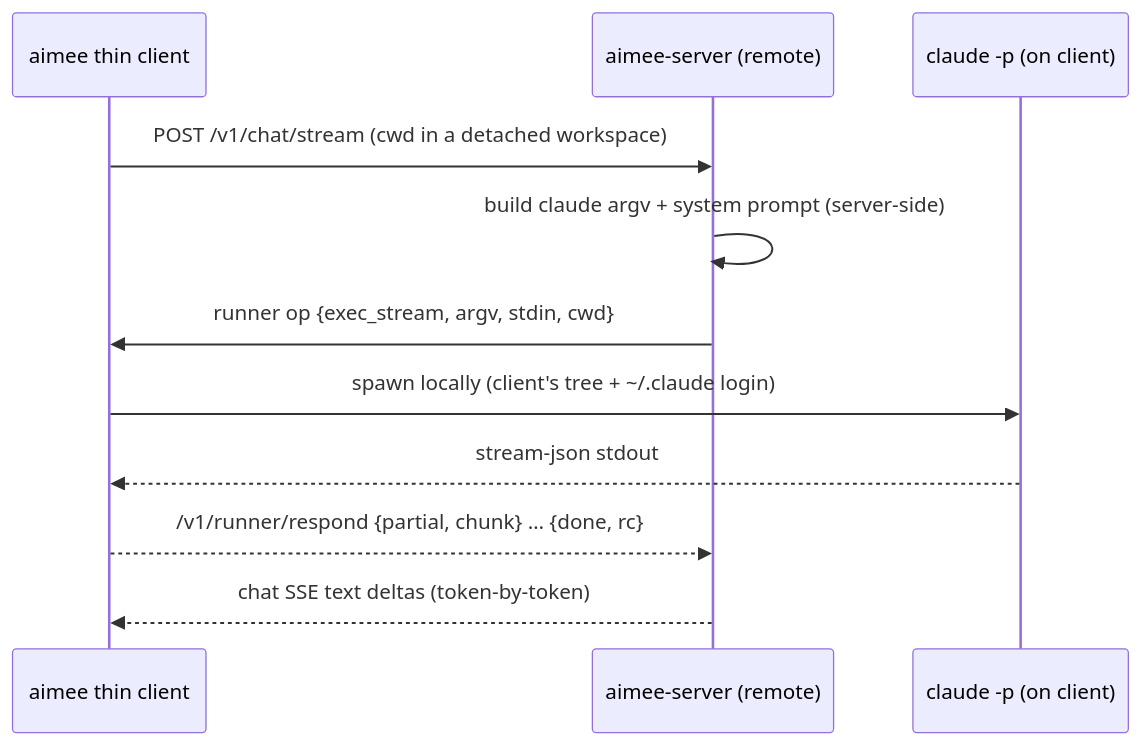
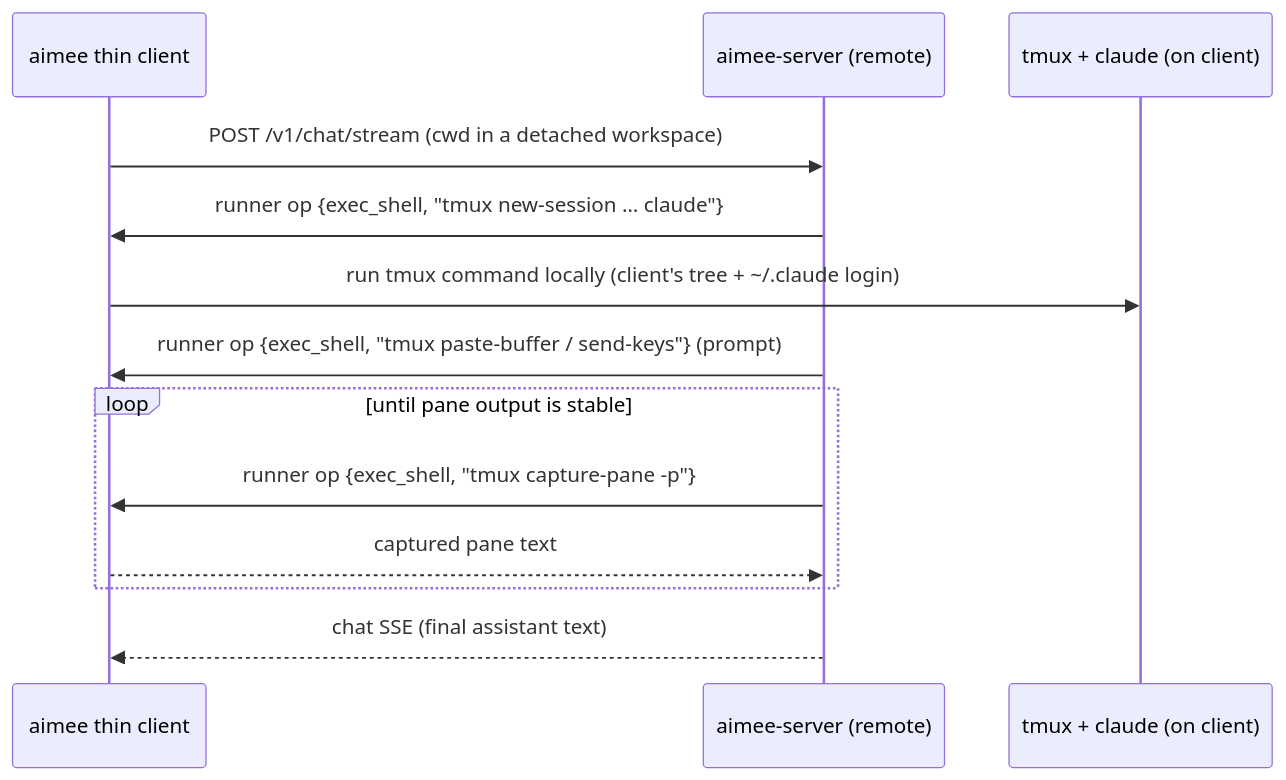
The sixth of 7 diagrams in docs/ARCHITECTURE.md (AsobaCloud/nehanda-cli), drawn with Mermaid before and after one commit. The commit also changed other lines of this file and 13 other files, not shown here.

````diff
--- a/docs/ARCHITECTURE.md
+++ b/docs/ARCHITECTURE.md
@@ -401,13 +402,15 @@
 ```mermaid
 sequenceDiagram
     participant Cli as aimee thin client
     participant SRV as aimee-server (remote)
-    participant Claude as claude -p (on client)
+    participant Tmux as tmux + claude (on client)
     Cli->>SRV: POST /v1/chat/stream  (cwd in a detached workspace)
-    SRV->>SRV: build claude argv + system prompt (server-side)
-    SRV->>Cli: runner op {exec_stream, argv, stdin, cwd}
-    Cli->>Claude: spawn locally (client's tree + ~/.claude login)
-    Claude-->>Cli: stream-json stdout
-    Cli-->>SRV: /v1/runner/respond {partial, chunk} … {done, rc}
-    SRV-->>Cli: chat SSE text deltas (token-by-token)
+    SRV->>Cli: runner op {exec_shell, "tmux new-session … claude"}
+    Cli->>Tmux: run tmux command locally (client's tree + ~/.claude login)
+    SRV->>Cli: runner op {exec_shell, "tmux paste-buffer / send-keys"} (prompt)
+    loop until pane output is stable
+      SRV->>Cli: runner op {exec_shell, "tmux capture-pane -p"}
+      Cli-->>SRV: captured pane text
+    end
+    SRV-->>Cli: chat SSE (final assistant text)
 ```
````
